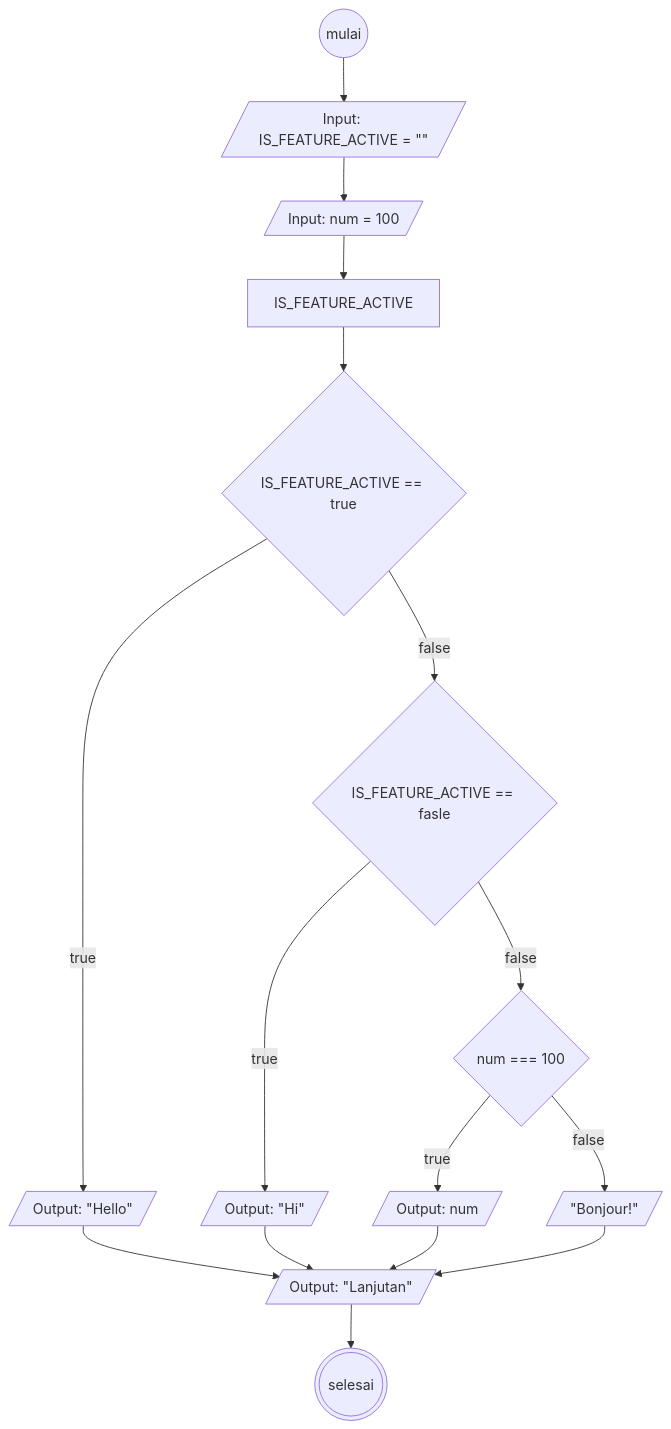
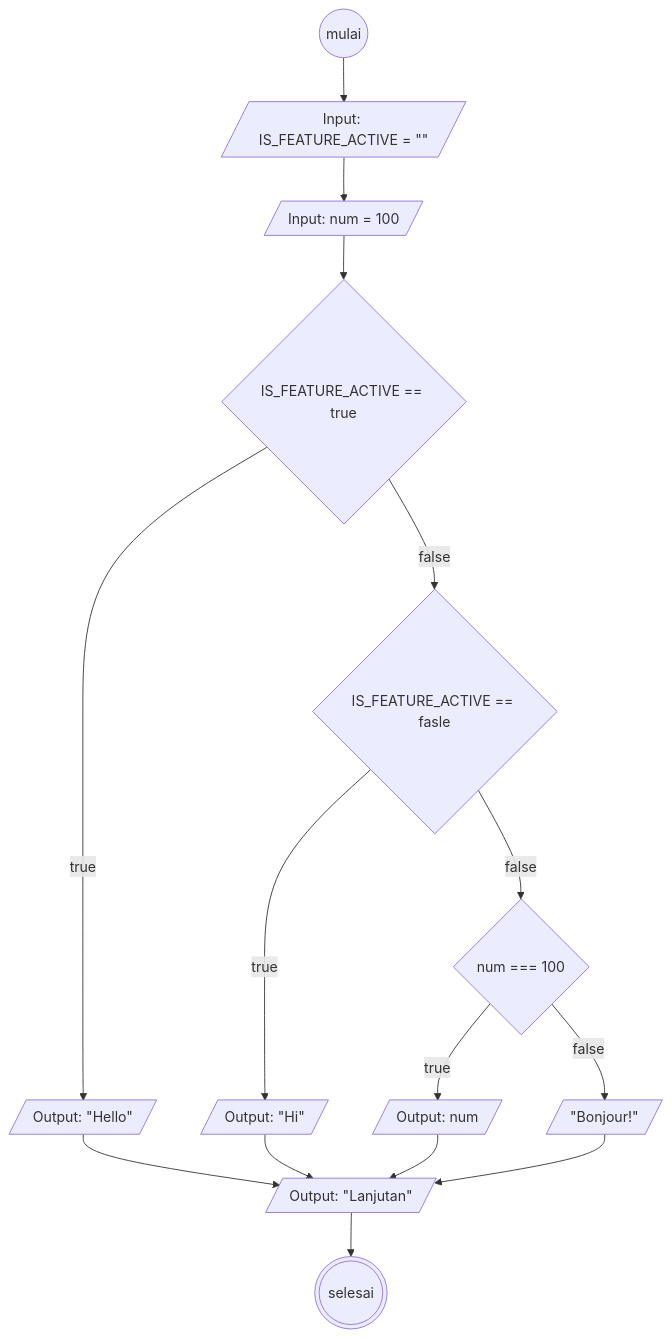
The diagram in flowchart-switch.md (alhilalfathi/koda-b6-javascript1), drawn with Mermaid before and after one commit.

````diff
--- a/flowchart-switch.md
+++ b/flowchart-switch.md
@@ -1,24 +1,24 @@
 ```mermaid
 flowchart TD
     mulai@{ shape: circle}
     input@{ shape: lean-r, label: "Input: IS_FEATURE_ACTIVE = #quot;#quot;"}
     input2@{ shape: lean-r, label: "Input: num = 100"}
-    switch@{ label: IS_FEATURE_ACTIVE }
+    
     case1@{ shape: diamond, label: "IS_FEATURE_ACTIVE == true"}
     case1True@{ shape: lean-r, label: "Output: #quot;Hello#quot;"}
     case2@{ shape: diamond, label: "IS_FEATURE_ACTIVE == fasle"}
     case2True@{ shape: lean-r, label: "Output: #quot;Hi#quot;"}
     default@{ shape: diamond, label: "num === 100"}
     ifTrue@{ shape: lean-r, label: "Output: num"}
     ifFalse@{ shape: lean-r, label: "#quot;Bonjour!#quot;"}
     selesai@{ shape: dbl-circ}
     output@{ shape: lean-r, label: "Output: #quot;Lanjutan#quot;"}
 
-mulai-->input-->input2-->switch-->case1
+mulai-->input-->input2-->case1
 case1--true-->case1True-->output-->selesai
 case1--false-->case2
 case2--true-->case2True-->output
 case2--false-->default
 default--true-->ifTrue-->output
 default--false-->ifFalse-->output
 ```
````
